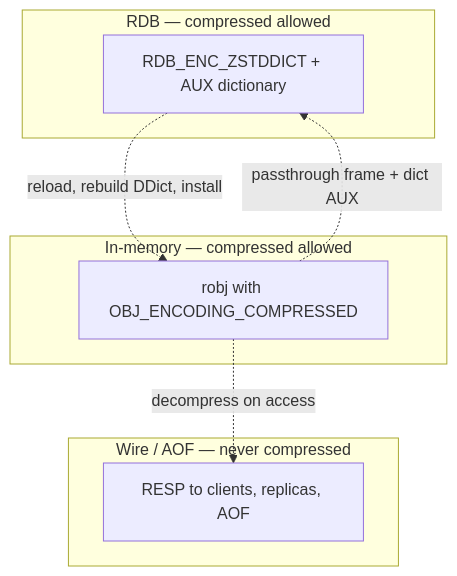
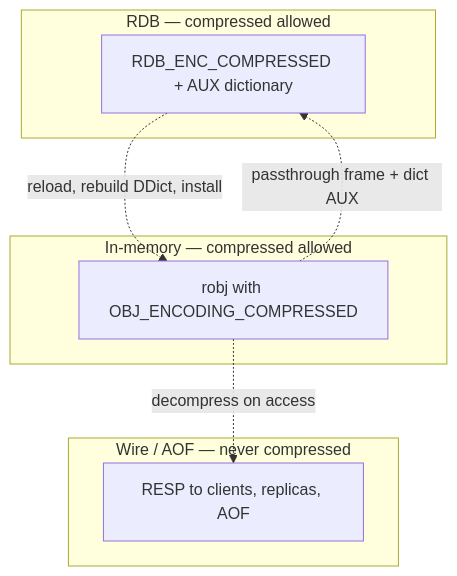
Before and after one commit to GilboaAWS/valkey: the second of 2 diagrams in .agents/planning/realtime-data-compression/research/persistence-and-replication.md, drawn with Mermaid. The commit also changed other lines of this file and 8 other files, not shown here.

````diff
--- a/.agents/planning/realtime-data-compression/research/persistence-and-replication.md
+++ b/.agents/planning/realtime-data-compression/research/persistence-and-replication.md
@@ -126,16 +128,16 @@
 ```mermaid
 graph TB
   subgraph Wire[Wire / AOF — never compressed]
     RESP[RESP to clients, replicas, AOF]
   end
   subgraph Disk[RDB — compressed allowed]
-    RDBENC[RDB_ENC_ZSTDDICT + AUX dictionary]
+    RDBENC[RDB_ENC_COMPRESSED + AUX dictionary]
   end
   subgraph Memory[In-memory — compressed allowed]
     ROBJ[robj with OBJ_ENCODING_COMPRESSED]
   end
 
   ROBJ -. decompress on access .-> RESP
   ROBJ -. passthrough frame + dict AUX .-> RDBENC
   RDBENC -. reload, rebuild DDict, install .-> ROBJ
 ```
````
